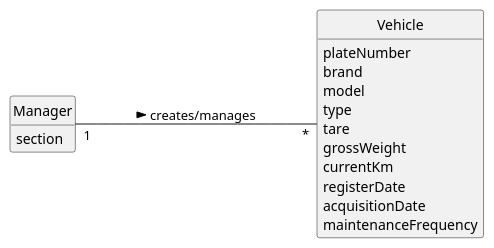
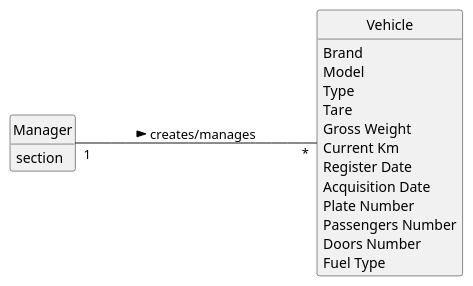
The diagram in docs/sprintA/us07/02.analysis/puml/us07-domain-model.puml (Paulo-Pereira-at-ISEP/lei-24-s2-1nanb-g321), drawn with PlantUML before and after one commit. The commit also changed 3 other files, not shown here.

```diff
--- a/docs/sprintA/us07/02.analysis/puml/us07-domain-model.puml
+++ b/docs/sprintA/us07/02.analysis/puml/us07-domain-model.puml
@@ -1,33 +1,39 @@
 @startuml
 skinparam monochrome true
 skinparam packageStyle rectangle
 skinparam shadowing false
 
 left to right direction
 
 skinparam classAttributeIconSize 0
 
 hide circle
 hide methods
 
 class Manager {
     section
 }
 
 class Vehicle {
-    plateNumber
-    brand
-    model
-    type
-    tare
-    grossWeight
-    currentKm
-    registerDate
-    acquisitionDate
-    maintenanceFrequency
+    Brand
+    Model
+    Type
+    Tare
+    Gross Weight
+    Current Km
+    Register Date
+    Acquisition Date
+    Maintenance/Check-up Frequency (in Km)
+    Plate Number
+    Passengers Number
+    Doors Number
+    Fuel Type
+    Trailer Machines (Yes/No)
+    Last Maintenance/Check-up (Km)
+    Last Maintenance/Check-up (Date)
 }
 
 Manager "1" --- "*" Vehicle: creates/manages >
 
 
 @enduml
```
